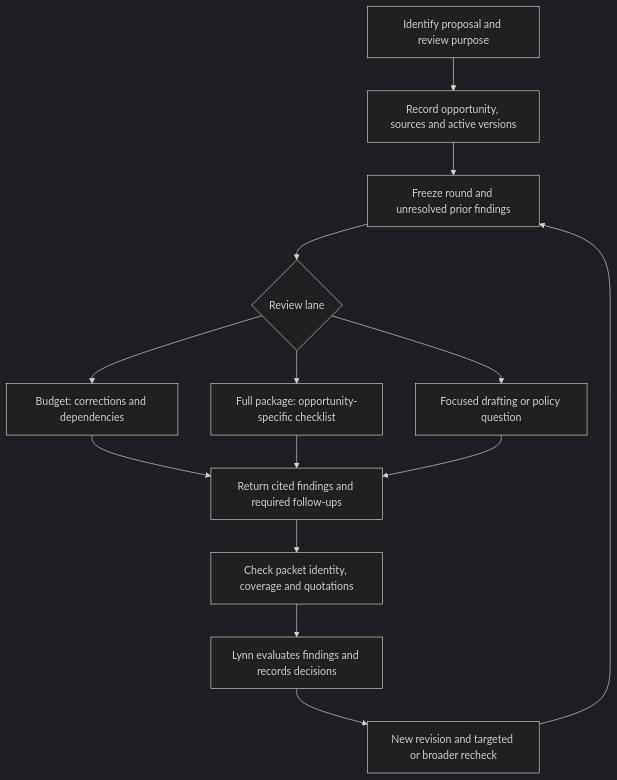
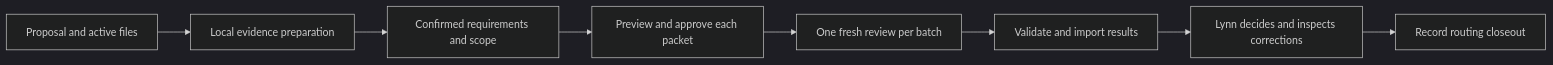
The diagram in review-kit/07-review-requirements.md (YoussefMroue/Juliet), drawn with Mermaid (dark theme) before and after one commit. The commit also changed other lines of this file and 28 other files, not shown here.

Commit message:
Complete local proposal review workflow for Lynn

````diff
--- a/review-kit/07-review-requirements.md
+++ b/review-kit/07-review-requirements.md
@@ -23,16 +9,10 @@
 ```mermaid
-flowchart TD
-    A[Identify proposal and review purpose] --> B[Record opportunity, sources and active versions]
-    B --> C[Freeze round and unresolved prior findings]
-    C --> D{Review lane}
-    D --> E[Budget: corrections and dependencies]
-    D --> F[Full package: opportunity-specific checklist]
-    D --> G[Focused drafting or policy question]
-    E --> H[Return cited findings and required follow-ups]
-    F --> H
-    G --> H
-    H --> I[Check packet identity, coverage and quotations]
-    I --> J[Lynn evaluates findings and records decisions]
-    J --> K[New revision and targeted or broader recheck]
-    K --> C
+flowchart LR
+    A[Proposal and active files] --> B[Local evidence preparation]
+    B --> C[Confirmed requirements and scope]
+    C --> D[Preview and approve each packet]
+    D --> E[One fresh review per batch]
+    E --> F[Validate and import results]
+    F --> G[Lynn decides and inspects corrections]
+    G --> H[Record routing closeout]
 ```
````
